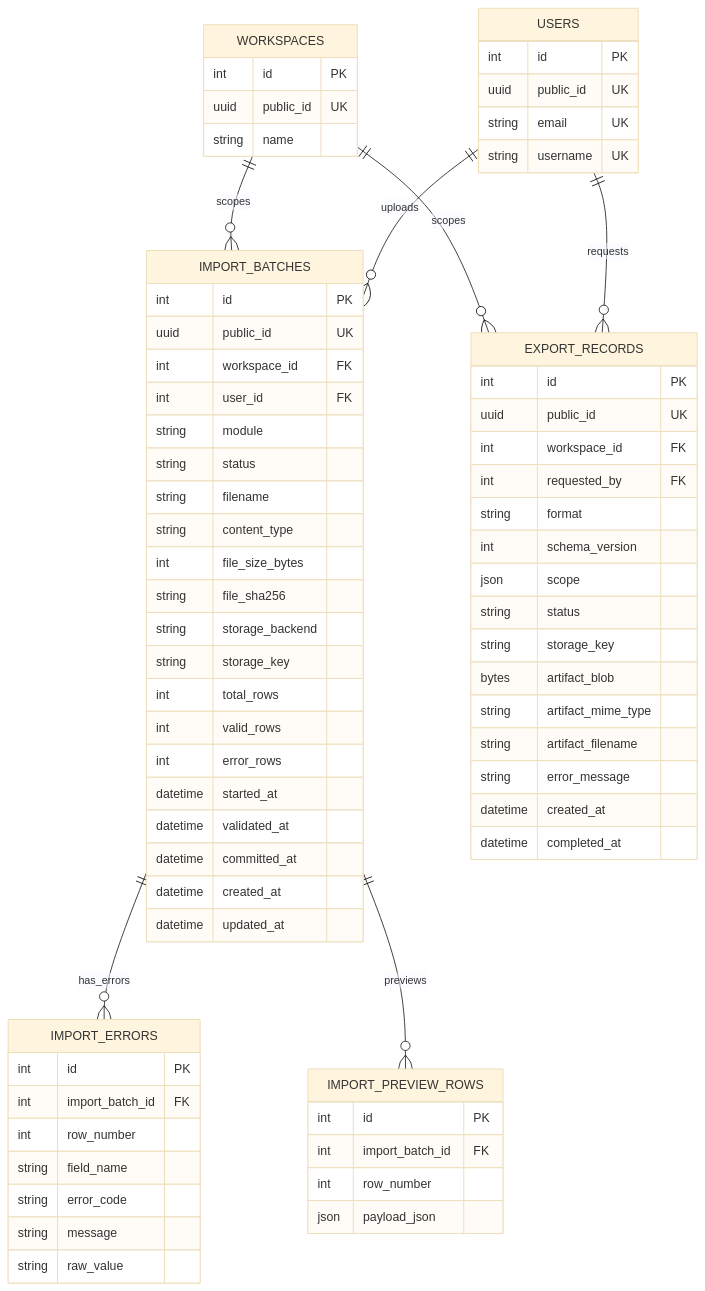
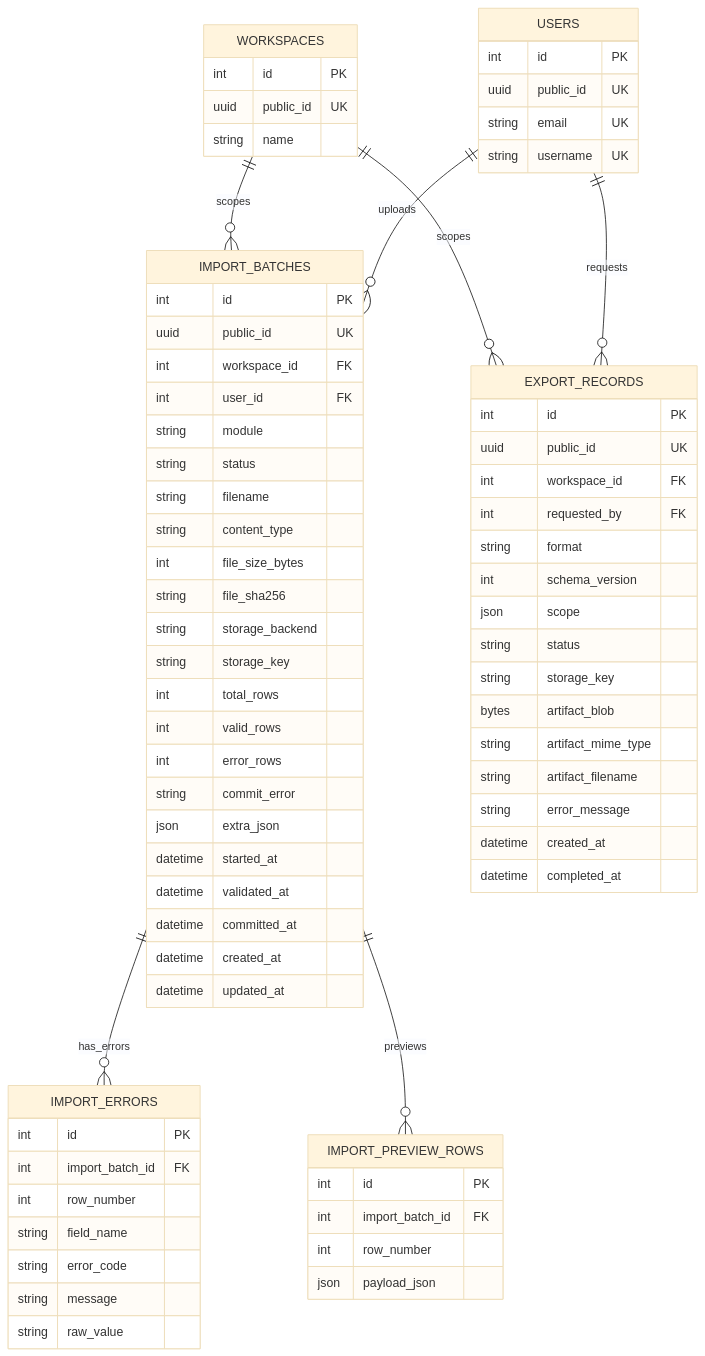
Before and after one commit to sajankp/lifestack-api: the eighth of 8 diagrams in docs/ERD.md, drawn with Mermaid (base theme). The commit also changed other lines of this file and 1 other file, not shown here.

First line of the commit message:
docs: refresh ERD and README for specs 051-059

````diff
--- a/docs/ERD.md
+++ b/docs/ERD.md
@@ -537,80 +683,82 @@
 ```mermaid
 erDiagram
     USERS {
         int id PK
         uuid public_id UK
         string email UK
         string username UK
     }
 
     WORKSPACES {
         int id PK
         uuid public_id UK
         string name
     }
 
     IMPORT_BATCHES {
         int id PK
         uuid public_id UK
         int workspace_id FK
         int user_id FK
         string module
         string status
         string filename
         string content_type
         int file_size_bytes
         string file_sha256
         string storage_backend
         string storage_key
         int total_rows
         int valid_rows
         int error_rows
+        string commit_error
+        json extra_json
         datetime started_at
         datetime validated_at
         datetime committed_at
         datetime created_at
         datetime updated_at
     }
 
     IMPORT_ERRORS {
         int id PK
         int import_batch_id FK
         int row_number
         string field_name
         string error_code
         string message
         string raw_value
     }
 
     IMPORT_PREVIEW_ROWS {
         int id PK
         int import_batch_id FK
         int row_number
         json payload_json
     }
 
     EXPORT_RECORDS {
         int id PK
         uuid public_id UK
         int workspace_id FK
         int requested_by FK
         string format
         int schema_version
         json scope
         string status
         string storage_key
         bytes artifact_blob
         string artifact_mime_type
         string artifact_filename
         string error_message
         datetime created_at
         datetime completed_at
     }
 
     WORKSPACES ||--o{ IMPORT_BATCHES : scopes
     USERS ||--o{ IMPORT_BATCHES : uploads
     IMPORT_BATCHES ||--o{ IMPORT_ERRORS : has_errors
     IMPORT_BATCHES ||--o{ IMPORT_PREVIEW_ROWS : previews
     WORKSPACES ||--o{ EXPORT_RECORDS : scopes
     USERS ||--o{ EXPORT_RECORDS : requests
 ```
````
